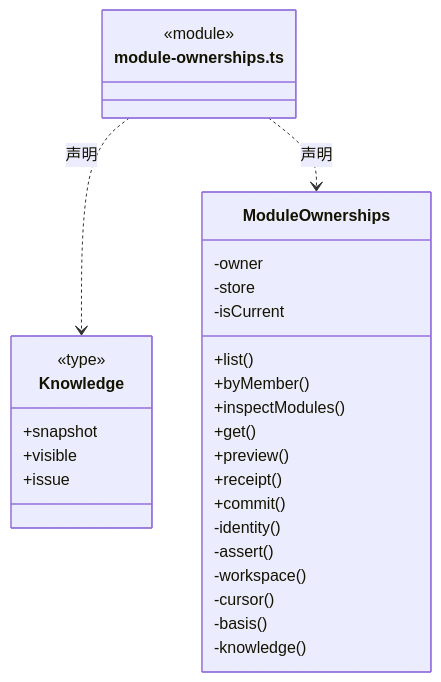
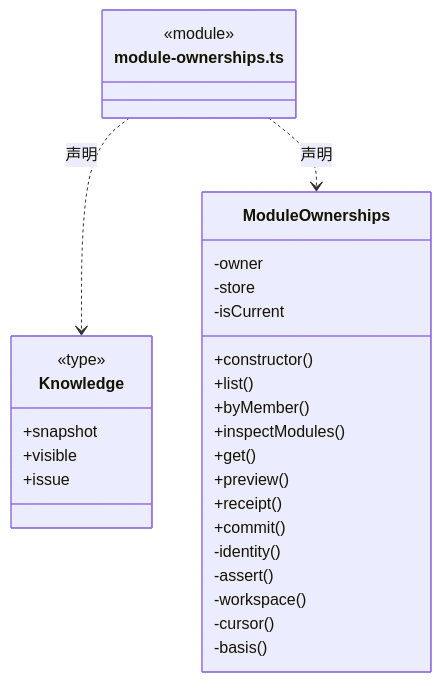
One commit to nan023062/cbim changed the fourth of 12 diagrams in src/logic/workspace/service/ARCHITECTURE.md. Above: the diagram before and after it, drawn with Mermaid. The commit also changed other lines of this file and 139 other files, not shown here.

Commit message:
docs(architecture): add source reading paths and complete file inventories

````diff
--- a/src/logic/workspace/service/ARCHITECTURE.md
+++ b/src/logic/workspace/service/ARCHITECTURE.md
@@ -80,32 +86,32 @@
 ```mermaid
 classDiagram
 class N_src_logic_workspace_service_module_ownerships_ts["module-ownerships.ts"] {
   <<module>>
 }
 class N_src_logic_workspace_service_module_ownerships_ts_Knowledge["Knowledge"] {
   <<type>>
   +snapshot
   +visible
   +issue
 }
 N_src_logic_workspace_service_module_ownerships_ts ..> N_src_logic_workspace_service_module_ownerships_ts_Knowledge : 声明
 class N_src_logic_workspace_service_module_ownerships_ts_ModuleOwnerships["ModuleOwnerships"] {
+  +constructor()
   +list()
   +byMember()
   +inspectModules()
   +get()
   +preview()
   +receipt()
   +commit()
   -owner
   -store
   -isCurrent
   -identity()
   -assert()
   -workspace()
   -cursor()
   -basis()
-  -knowledge()
 }
 N_src_logic_workspace_service_module_ownerships_ts ..> N_src_logic_workspace_service_module_ownerships_ts_ModuleOwnerships : 声明
 ```
````
